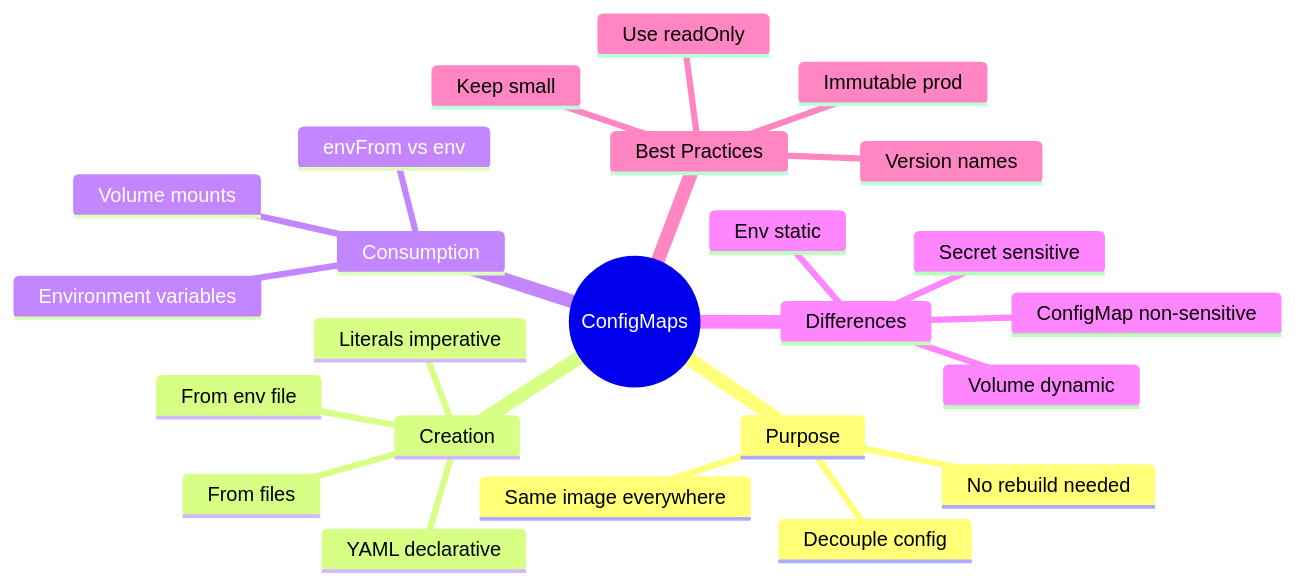
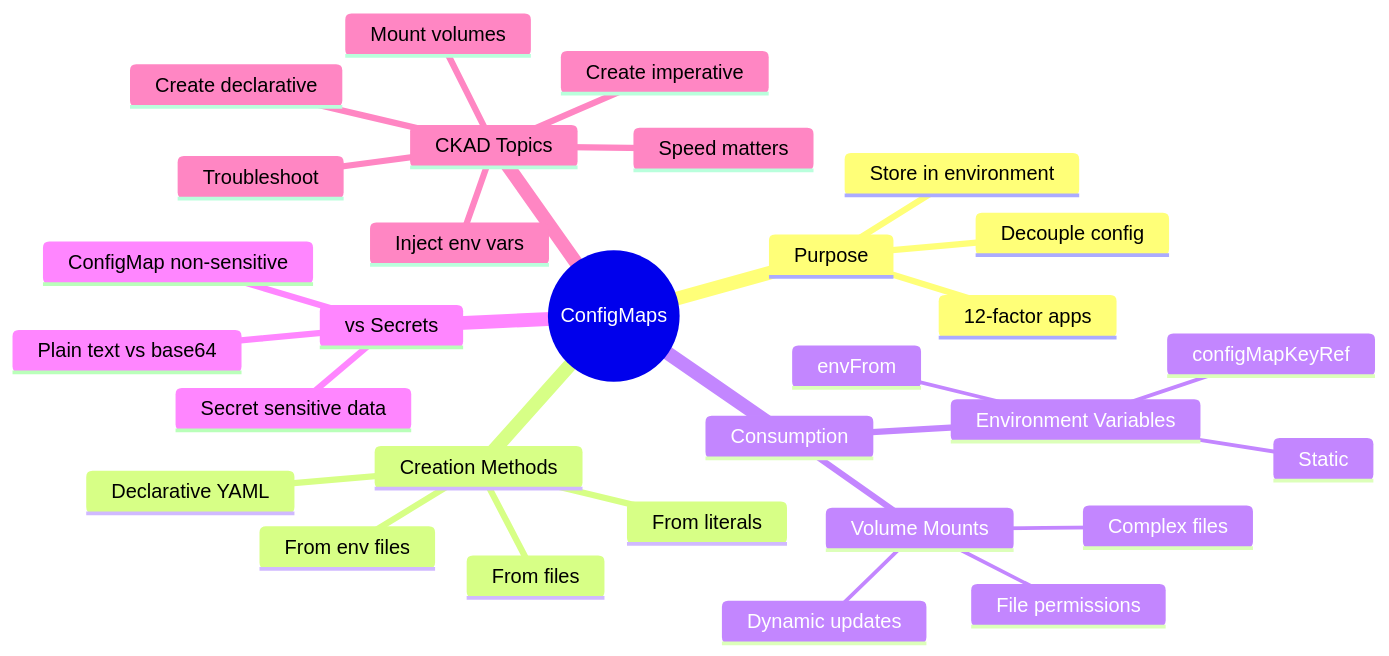
The fifth of 6 diagrams in slides/configmaps/slides.md (courselabs/kubernetes), drawn with Mermaid before and after one commit. The commit also changed other lines of this file and 7 other files, not shown here.

First line of the commit message:
Rebuild CKAD slides to match narration scripts

````diff
--- a/slides/configmaps/slides.md
+++ b/slides/configmaps/slides.md
@@ -551,27 +607,33 @@
 ```mermaid
 mindmap
   root((ConfigMaps))
     Purpose
       Decouple config
-      Same image everywhere
-      No rebuild needed
-    Creation
-      YAML declarative
-      Literals imperative
+      Store in environment
+      12-factor apps
+    Creation Methods
+      Declarative YAML
+      From literals
       From files
-      From env file
+      From env files
     Consumption
-      Environment variables
-      Volume mounts
-      envFrom vs env
-    Differences
+      Environment Variables
+        envFrom
+        configMapKeyRef
+        Static
+      Volume Mounts
+        Complex files
+        File permissions
+        Dynamic updates
+    vs Secrets
       ConfigMap non-sensitive
-      Secret sensitive
-      Env static
-      Volume dynamic
-    Best Practices
-      Keep small
-      Use readOnly
-      Version names
-      Immutable prod
+      Secret sensitive data
+      Plain text vs base64
+    CKAD Topics
+      Create imperative
+      Create declarative
+      Inject env vars
+      Mount volumes
+      Troubleshoot
+      Speed matters
 ```
````
